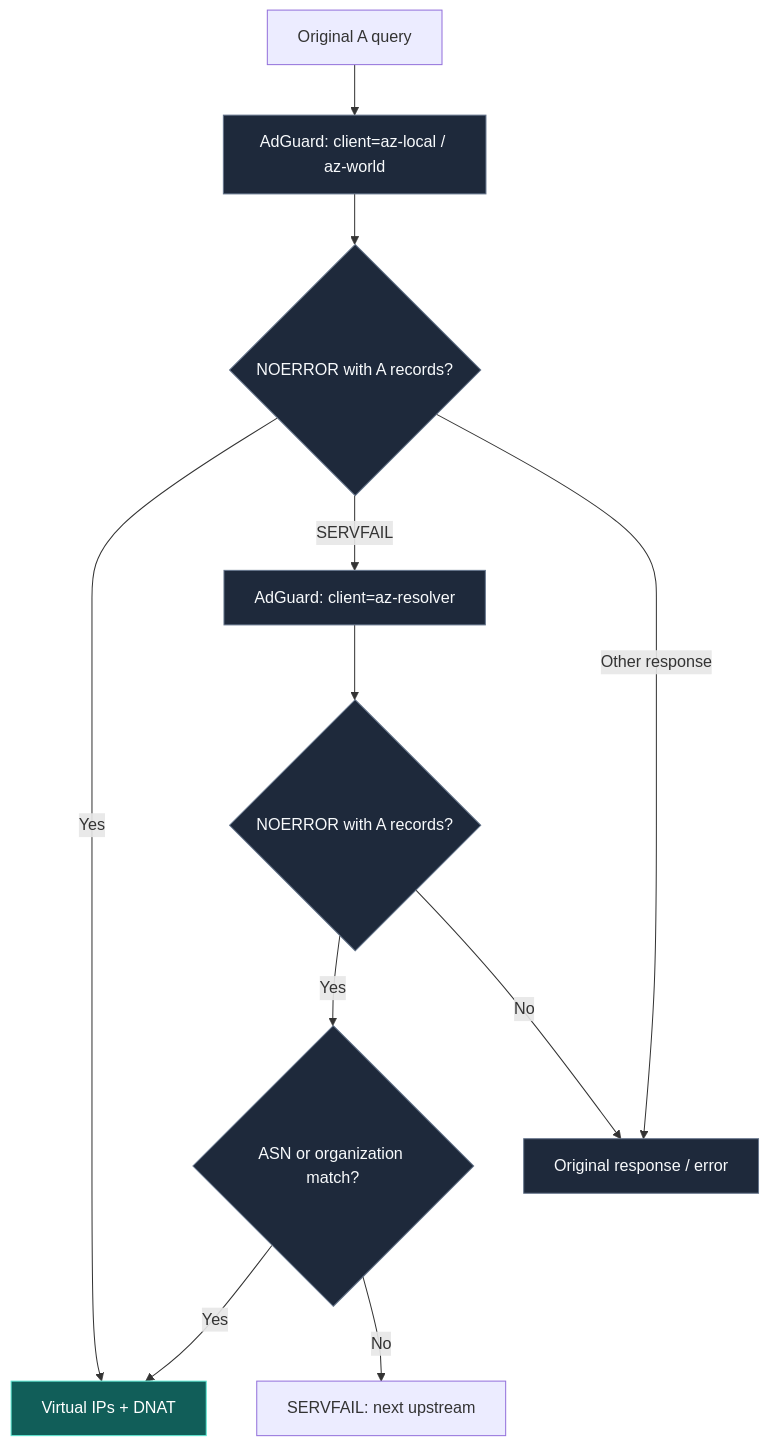
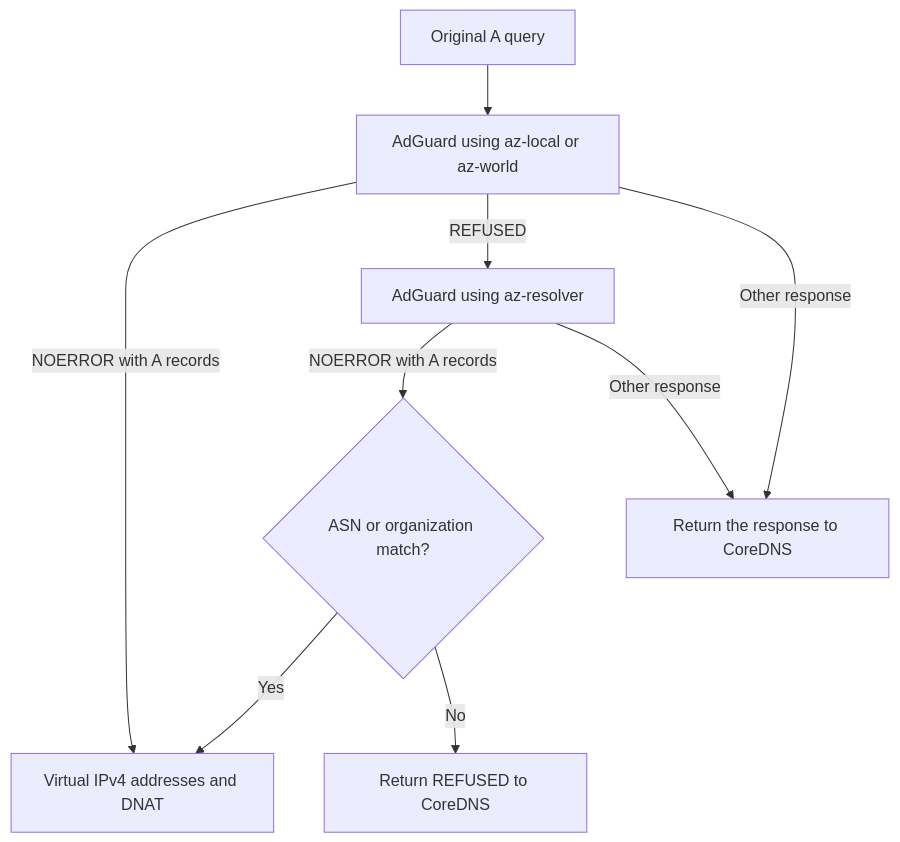
The third of 3 diagrams in README.md (nmisha/antizapret-vpn-docker), drawn with Mermaid before and after one commit. The commit also changed other lines of this file and 318 other files, not shown here.

````diff
--- a/README.md
+++ b/README.md
@@ -820,18 +834,11 @@
 ```mermaid
 flowchart TB
-    q["Original A query"] --> first["AdGuard: client=az-local / az-world"]
-    first --> has{"NOERROR with A records?"}
-    has -->|Yes| mapped["Virtual IPs + DNAT"]
-    has -->|SERVFAIL| direct["AdGuard: client=az-resolver"]
-    has -->|Other response| err["Original response / error"]
-    direct --> res{"NOERROR with A records?"}
-    res -->|Yes| asn{"ASN or organization match?"}
-    res -->|No| err
-    asn -->|Yes| mapped
-    asn -->|No| fail["SERVFAIL: next upstream"]
-    classDef service fill:#1e293b,stroke:#64748b,color:#f8fafc
-    classDef exit fill:#312e81,stroke:#a5b4fc,color:#ffffff
-    classDef mapped fill:#115e59,stroke:#5eead4,color:#ffffff
-    class first,direct,err,has,res,asn service
-    class mapped mapped
+    query["Original A query"] --> exit_query["AdGuard using az-local or az-world"]
+    exit_query -->|NOERROR with A records| mapped["Virtual IPv4 addresses and DNAT"]
+    exit_query -->|REFUSED| resolver["AdGuard using az-resolver"]
+    exit_query -->|Other response| original["Return the response to CoreDNS"]
+    resolver -->|NOERROR with A records| asn_match{"ASN or organization match?"}
+    resolver -->|Other response| original
+    asn_match -->|Yes| mapped
+    asn_match -->|No| refused["Return REFUSED to CoreDNS"]
 ```
````
